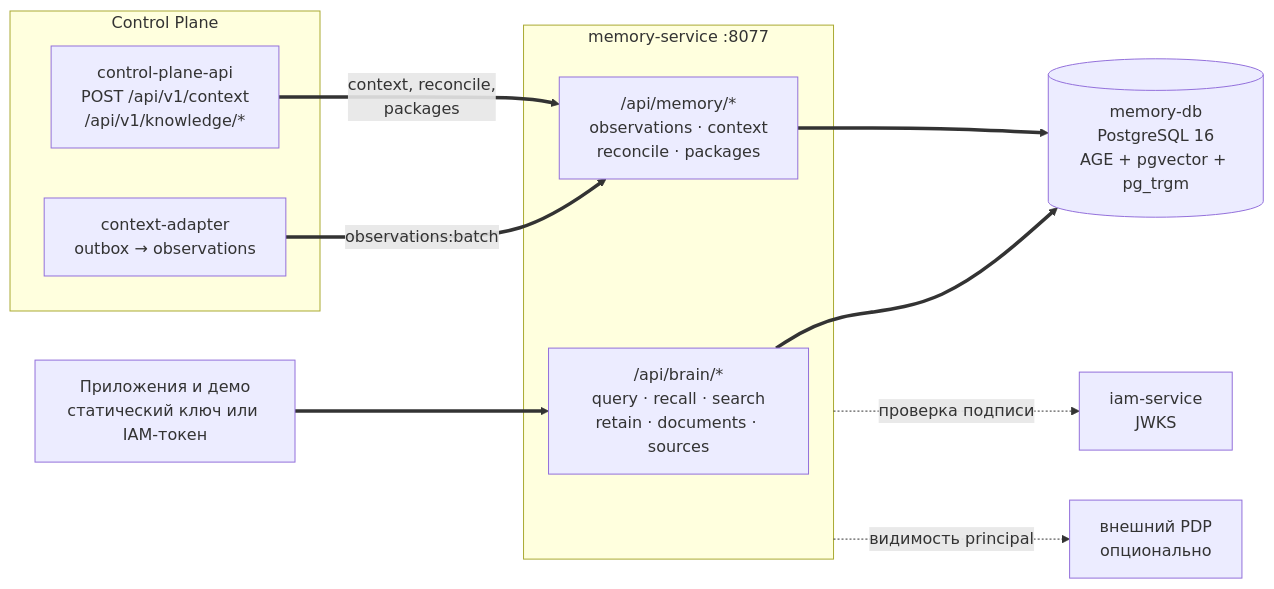
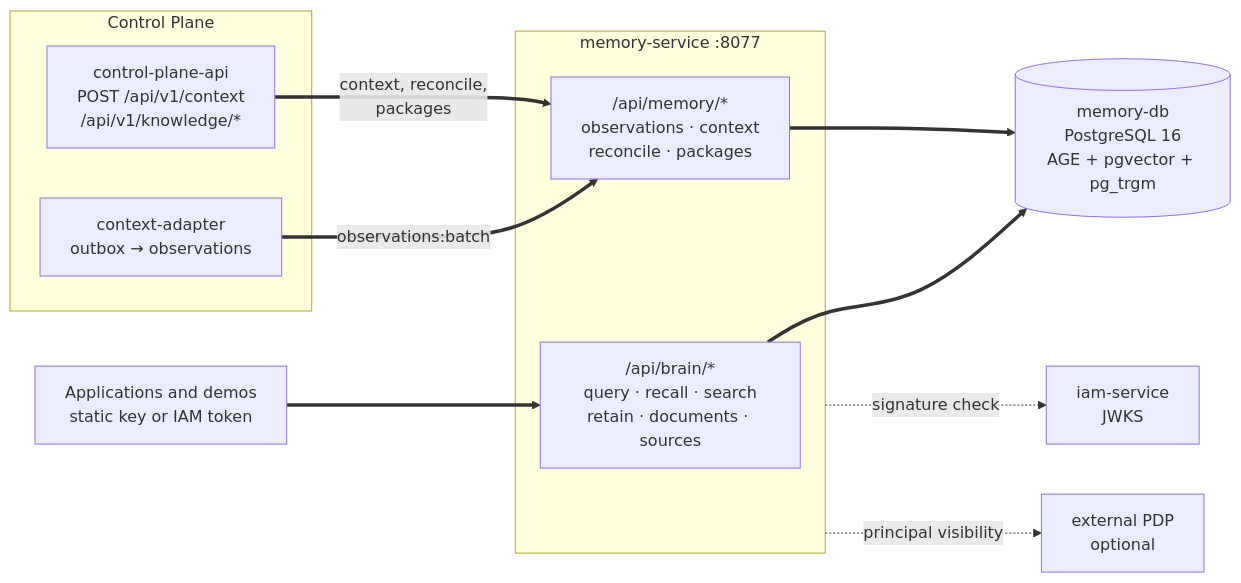
One commit to monthu56/taimen changed the diagram in guide/docs/memory/index.md. Above: the diagram before and after it, drawn with Mermaid. The commit also changed other lines of this file and 183 other files, not shown here.

````diff
--- a/guide/docs/memory/index.md
+++ b/guide/docs/memory/index.md
@@ -32,23 +34,23 @@
 ```mermaid
 flowchart LR
     subgraph CP[Control Plane]
         API[control-plane-api<br/>POST /api/v1/context<br/>/api/v1/knowledge/*]
         CA[context-adapter<br/>outbox → observations]
     end
     subgraph MEM[memory-service :8077]
         BRAIN["/api/brain/*<br/>query · recall · search<br/>retain · documents · sources"]
         MAPI["/api/memory/*<br/>observations · context<br/>reconcile · packages"]
     end
     DB[(memory-db<br/>PostgreSQL 16<br/>AGE + pgvector + pg_trgm)]
     IAM[iam-service<br/>JWKS]
-    POL[внешний PDP<br/>опционально]
-    APP[Приложения и демо<br/>статический ключ или IAM-токен]
+    POL[external PDP<br/>optional]
+    APP[Applications and demos<br/>static key or IAM token]
 
     CA == "observations:batch" ==> MAPI
     API == "context, reconcile,<br/>packages" ==> MAPI
     APP ==> BRAIN
     BRAIN ==> DB
     MAPI ==> DB
-    MEM -. "проверка подписи" .-> IAM
-    MEM -. "видимость principal" .-> POL
+    MEM -. "signature check" .-> IAM
+    MEM -. "principal visibility" .-> POL
 ```
````
